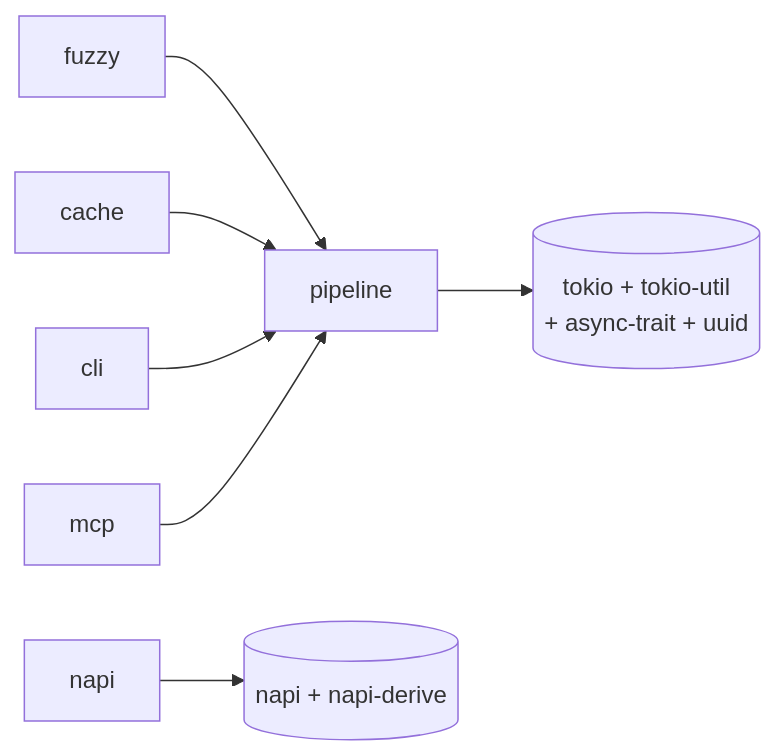
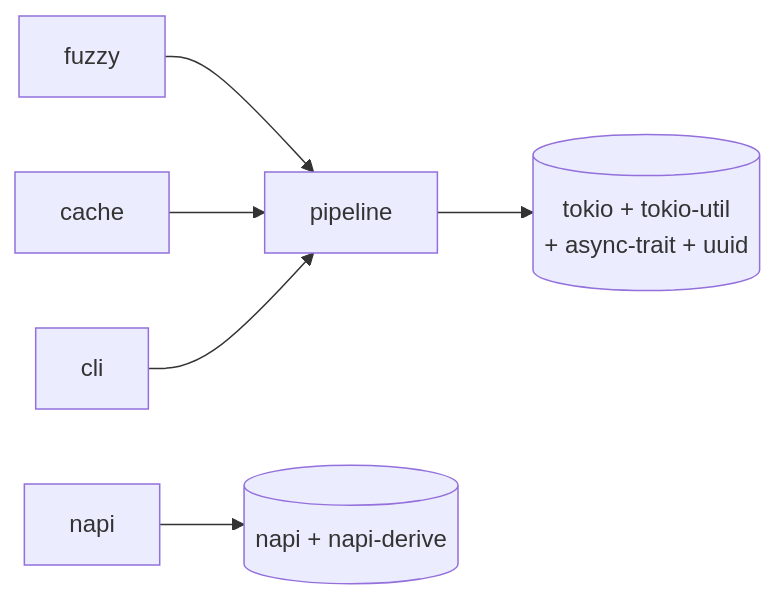
Before and after one commit to orin-axi/michi: the first of 2 diagrams in ARCHITECTURE.md, drawn with Mermaid. The commit also changed other lines of this file and 2 other files, not shown here.

Commit message:
docs: fix mcp module omissions and stale mcp-Cargo-feature references (pre-existing, found while scoping render_for)

````diff
--- a/ARCHITECTURE.md
+++ b/ARCHITECTURE.md
@@ -16,9 +16,8 @@
 ```mermaid
 flowchart LR
     fuzzy --> pipeline
     cache --> pipeline
     cli --> pipeline
-    mcp --> pipeline
     pipeline --> tokio[("tokio + tokio-util<br/>+ async-trait + uuid")]
     napi --> napideps[("napi + napi-derive")]
 ```
````
